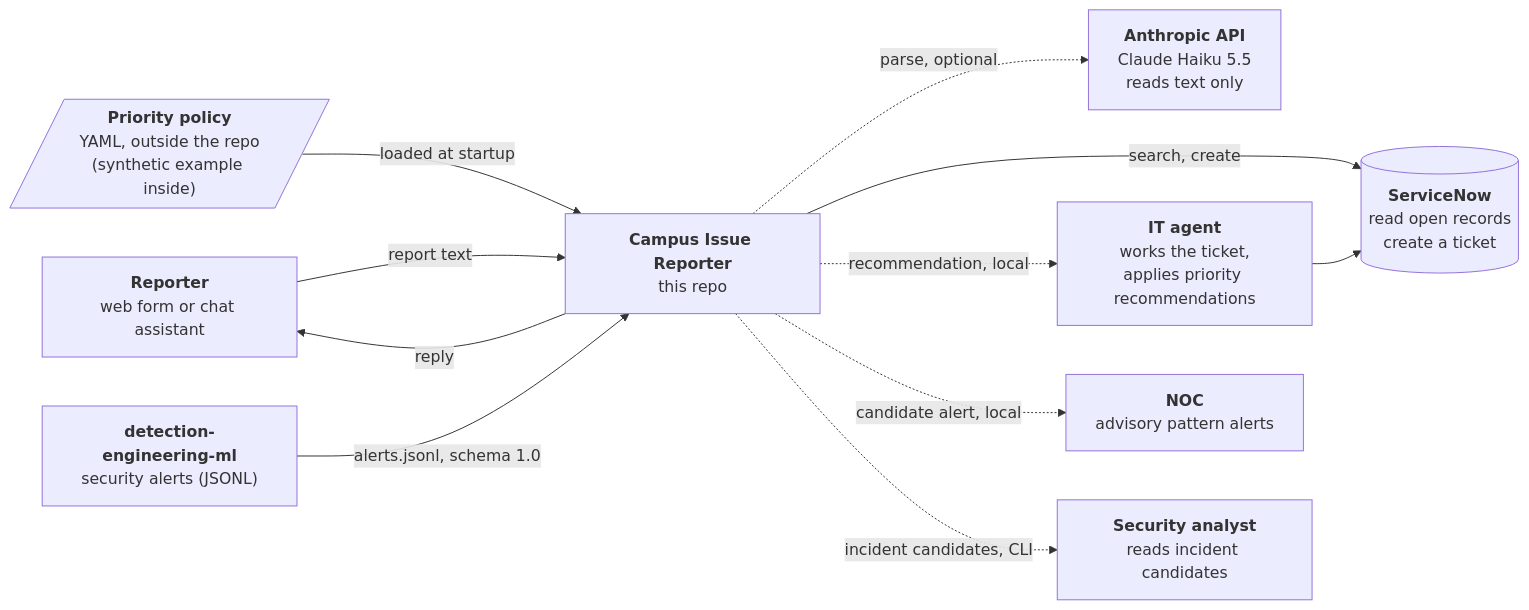
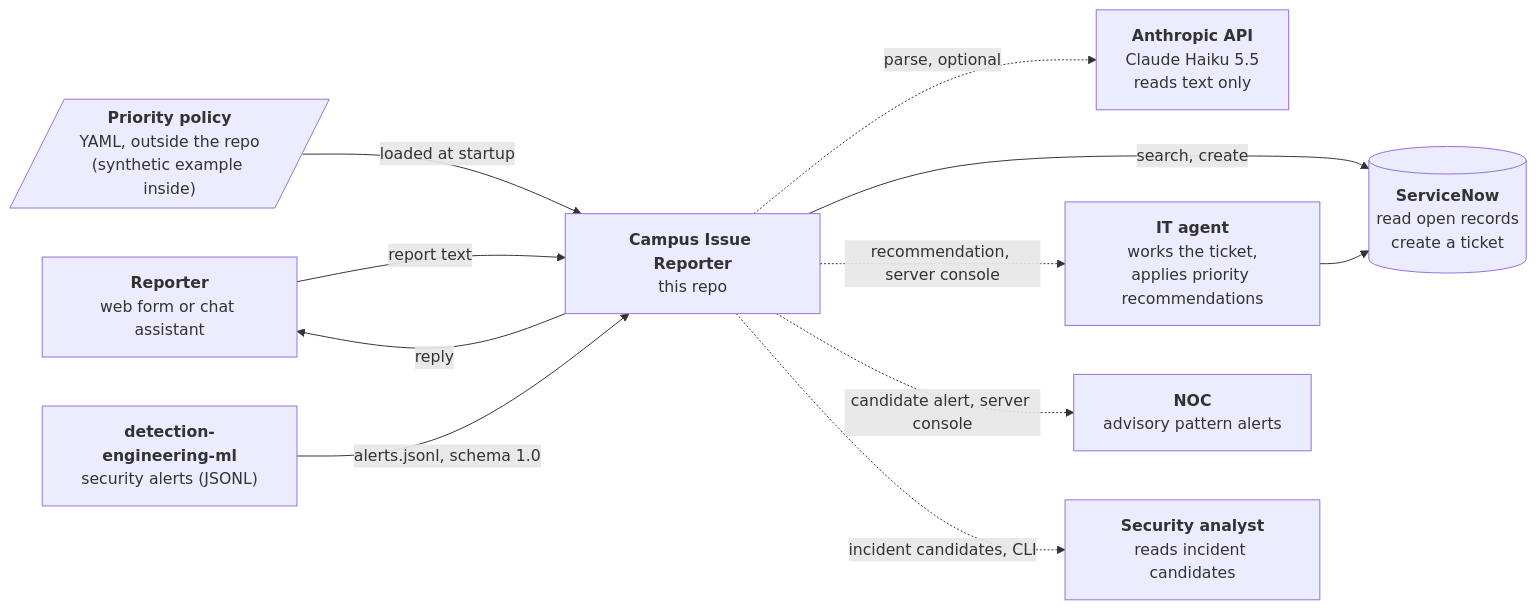
One commit to Skipa776/selfserviceagent changed the first of 6 diagrams in docs/ARCHITECTURE.md. Above: the diagram before and after it, drawn with Mermaid. The commit also changed other lines of this file and 6 other files, not shown here.

````diff
--- a/docs/ARCHITECTURE.md
+++ b/docs/ARCHITECTURE.md
@@ -10,23 +10,23 @@
 ```mermaid
 flowchart LR
     reporter["<b>Reporter</b><br/>web form or chat assistant"]
     svc["<b>Campus Issue Reporter</b><br/>this repo"]
     claude["<b>Anthropic API</b><br/>Claude Haiku 5.5<br/>reads text only"]
     detml["<b>detection-engineering-ml</b><br/>security alerts (JSONL)"]
     analyst["<b>Security analyst</b><br/>reads incident candidates"]
     snow[("<b>ServiceNow</b><br/>read open records<br/>create a ticket")]
     policy[/"<b>Priority policy</b><br/>YAML, outside the repo<br/>(synthetic example inside)"/]
     it["<b>IT agent</b><br/>works the ticket,<br/>applies priority recommendations"]
     noc["<b>NOC</b><br/>advisory pattern alerts"]
 
     reporter -->|report text| svc
     svc -->|reply| reporter
     svc -.->|parse, optional| claude
     svc -->|search, create| snow
     policy -->|loaded at startup| svc
-    svc -.->|recommendation, local| it
-    svc -.->|candidate alert, local| noc
+    svc -.->|recommendation, server console| it
+    svc -.->|candidate alert, server console| noc
     it --> snow
     detml -->|alerts.jsonl, schema 1.0| svc
     svc -.->|incident candidates, CLI| analyst
 ```
````
